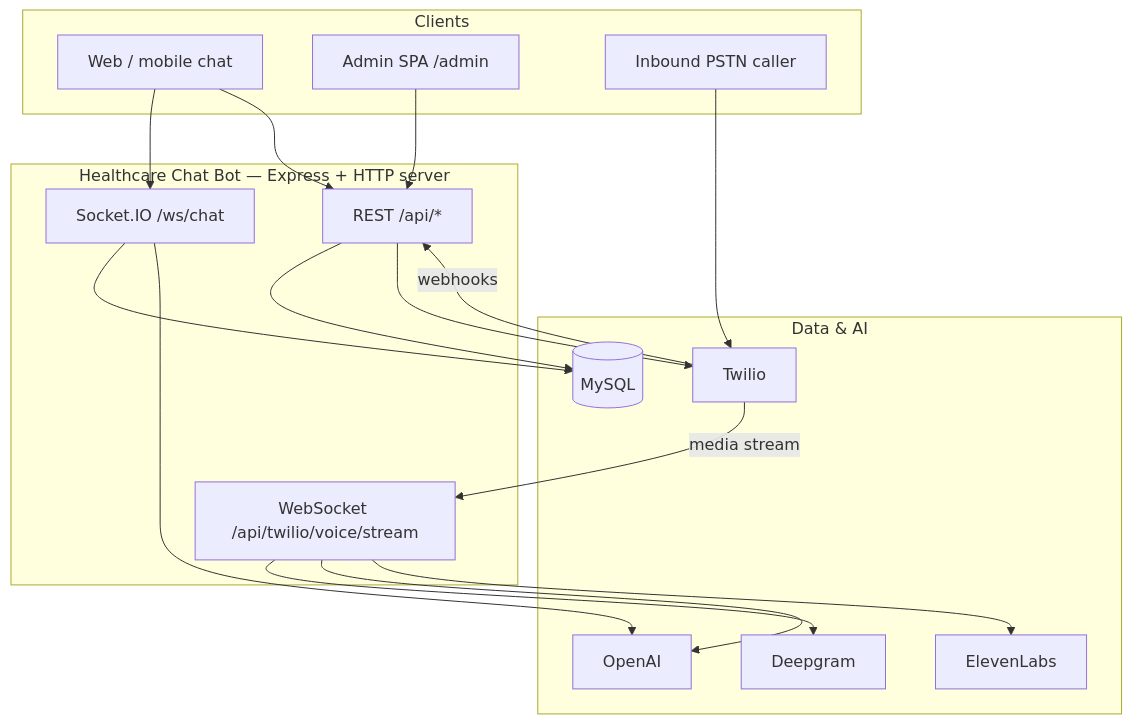
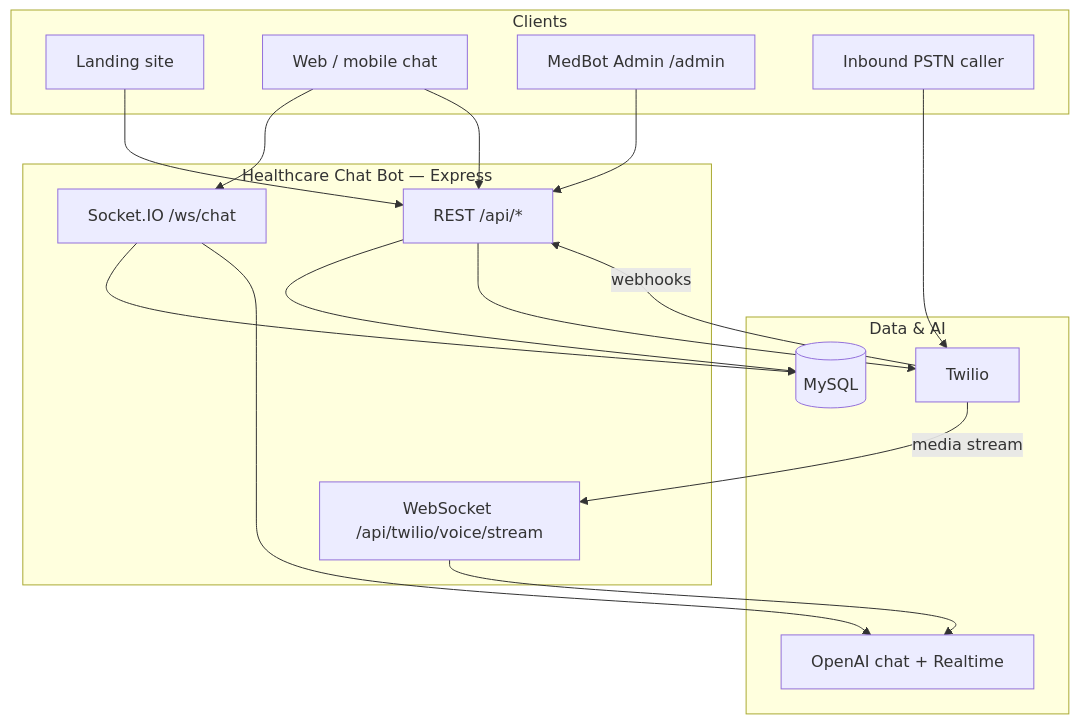
One commit to ying0121/medback changed the diagram in README.md. Above: the diagram before and after it, drawn with Mermaid. The commit also changed other lines of this file and 1 other file, not shown here.

````diff
--- a/README.md
+++ b/README.md
@@ -18,37 +24,35 @@
 ```mermaid
 flowchart TB
   subgraph clients [Clients]
+    Landing[Landing site]
     WebChat[Web / mobile chat]
-    Admin[Admin SPA /admin]
+    Admin[MedBot Admin /admin]
     Phone[Inbound PSTN caller]
   end
 
-  subgraph Healthcare Chat Bot  [Healthcare Chat Bot  — Express + HTTP server]
-  API[REST /api/*]
-  SIO[Socket.IO /ws/chat]
-  WS[WebSocket /api/twilio/voice/stream]
+  subgraph platform [Healthcare Chat Bot — Express]
+    API[REST /api/*]
+    SIO[Socket.IO /ws/chat]
+    WS[WebSocket /api/twilio/voice/stream]
   end
 
   subgraph data [Data & AI]
-  MySQL[(MySQL)]
-  OpenAI[OpenAI]
-  DG[Deepgram]
-  EL[ElevenLabs]
-  Twilio[Twilio]
+    MySQL[(MySQL)]
+    OpenAI[OpenAI chat + Realtime]
+    Twilio[Twilio]
   end
 
+  Landing --> API
   WebChat --> SIO
   WebChat --> API
   Admin --> API
   Phone --> Twilio
   Twilio -->|webhooks| API
   Twilio -->|media stream| WS
 
   API --> MySQL
   SIO --> MySQL
   SIO --> OpenAI
-  WS --> DG
   WS --> OpenAI
-  WS --> EL
   API --> Twilio
 ```
````
